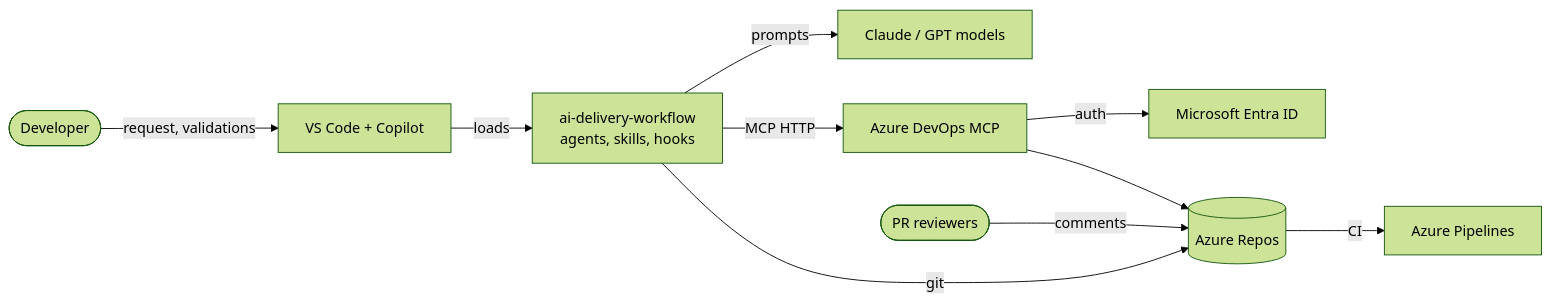
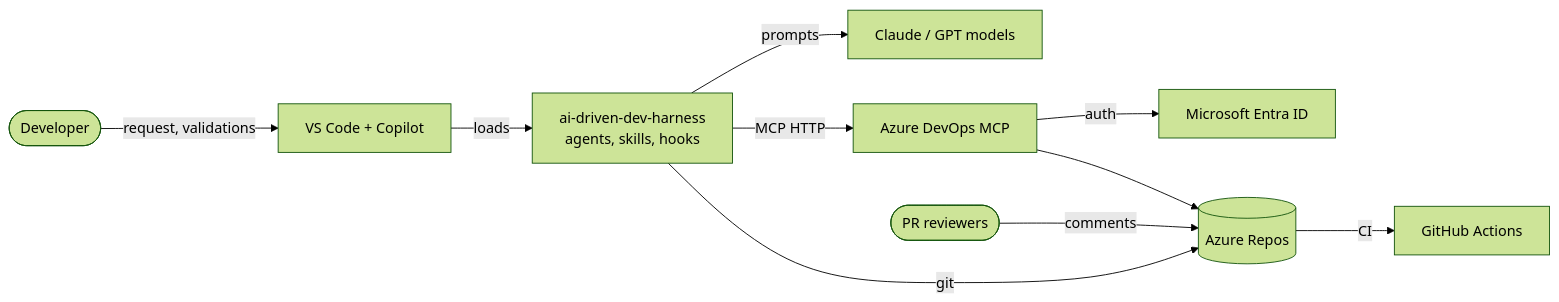
One commit to Antonin-Artaud/ai-driven-dev-harness changed the diagram in docs/architecture/context.md. Above: the diagram before and after it, drawn with Mermaid (forest theme). The commit also changed other lines of this file and 43 other files, not shown here.

````diff
--- a/docs/architecture/context.md
+++ b/docs/architecture/context.md
@@ -37,12 +37,12 @@
 ```mermaid
 flowchart LR
   dev([Developer]) -->|request, validations| vscode[VS Code + Copilot]
-  vscode -->|loads| plugin[ai-delivery-workflow<br/>agents, skills, hooks]
+  vscode -->|loads| plugin[ai-driven-dev-harness<br/>agents, skills, hooks]
   plugin -->|prompts| llm[Claude / GPT models]
   plugin -->|MCP HTTP| ado[Azure DevOps MCP]
   ado -->|auth| entra[Microsoft Entra ID]
   plugin -->|git| repo[(Azure Repos)]
   ado --> repo
   reviewers([PR reviewers]) -->|comments| repo
-  repo -->|CI| pipelines[Azure Pipelines]
+  repo -->|CI| pipelines[GitHub Actions]
 ```
````
